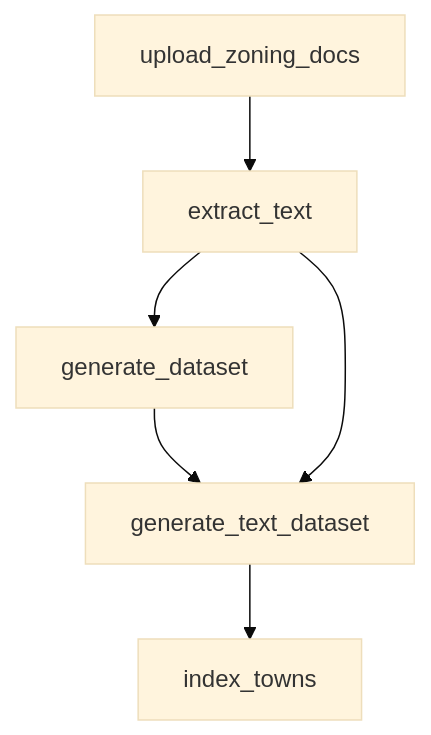
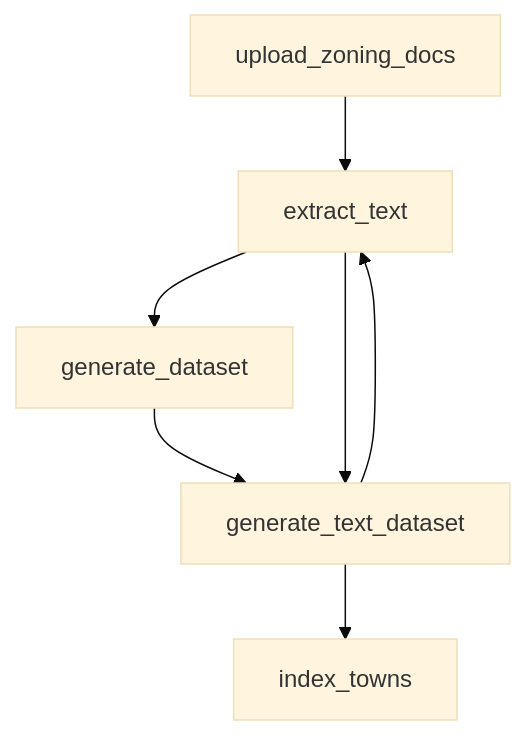
Before and after one commit to Sarang-Pramode/AEC-Tech-RhinoPage: the diagram in output.mmd, drawn with Mermaid (base theme).

Commit message:
Auto-commit: 2023-11-04 16:41:31

```diff
--- a/output.mmd
+++ b/output.mmd
@@ -1,11 +1,12 @@
 flowchart TD
 	node1["extract_text"]
 	node2["generate_dataset"]
 	node3["generate_text_dataset"]
 	node4["index_towns"]
 	node5["upload_zoning_docs"]
 	node1-->node2
 	node2-->node3
 	node3-->node4
 	node5-->node1
 	node1-->node3
+	node3-->node1
```
